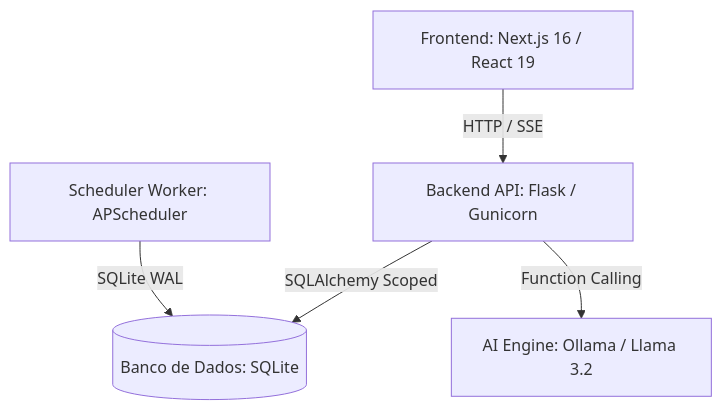
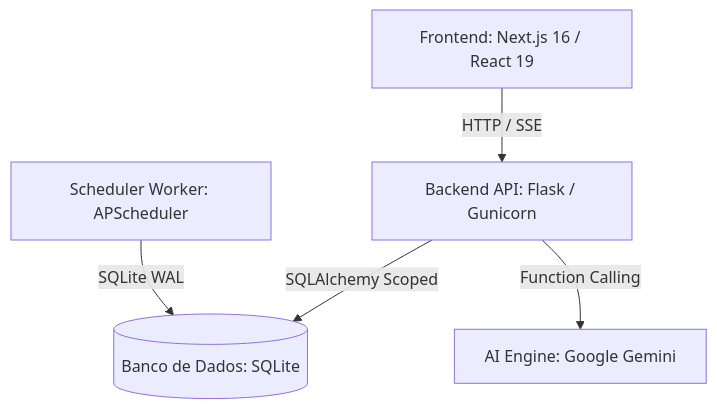
The diagram in README.md (MendesFabricio/asset-flow), drawn with Mermaid before and after one commit. The commit also changed other lines of this file and 95 other files, not shown here.

````diff
--- a/README.md
+++ b/README.md
@@ -13,7 +13,7 @@
 ```mermaid
 graph TD
     F[Frontend: Next.js 16 / React 19] -->|HTTP / SSE| B[Backend API: Flask / Gunicorn]
     W[Scheduler Worker: APScheduler] -->|SQLite WAL| DB[(Banco de Dados: SQLite)]
     B -->|SQLAlchemy Scoped| DB
-    B -->|Function Calling| O[AI Engine: Ollama / Llama 3.2]
+    B -->|Function Calling| O[AI Engine: Google Gemini]
 ```
````
